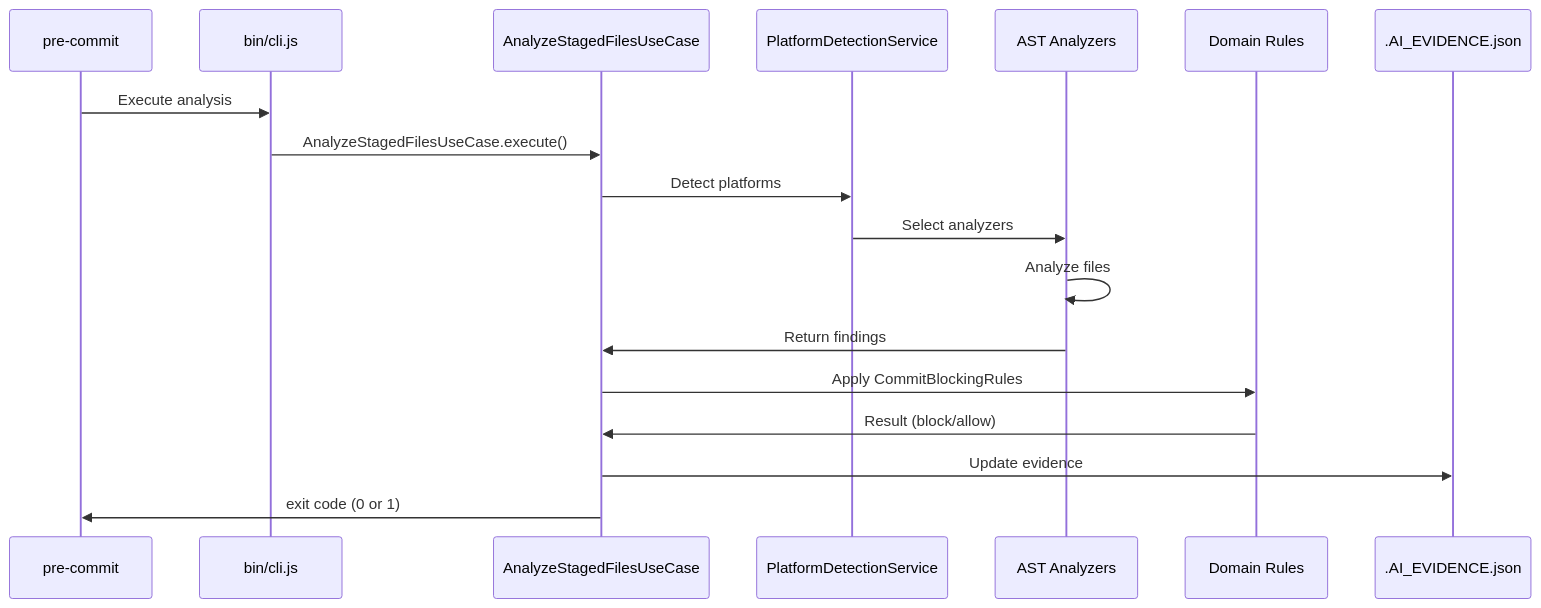
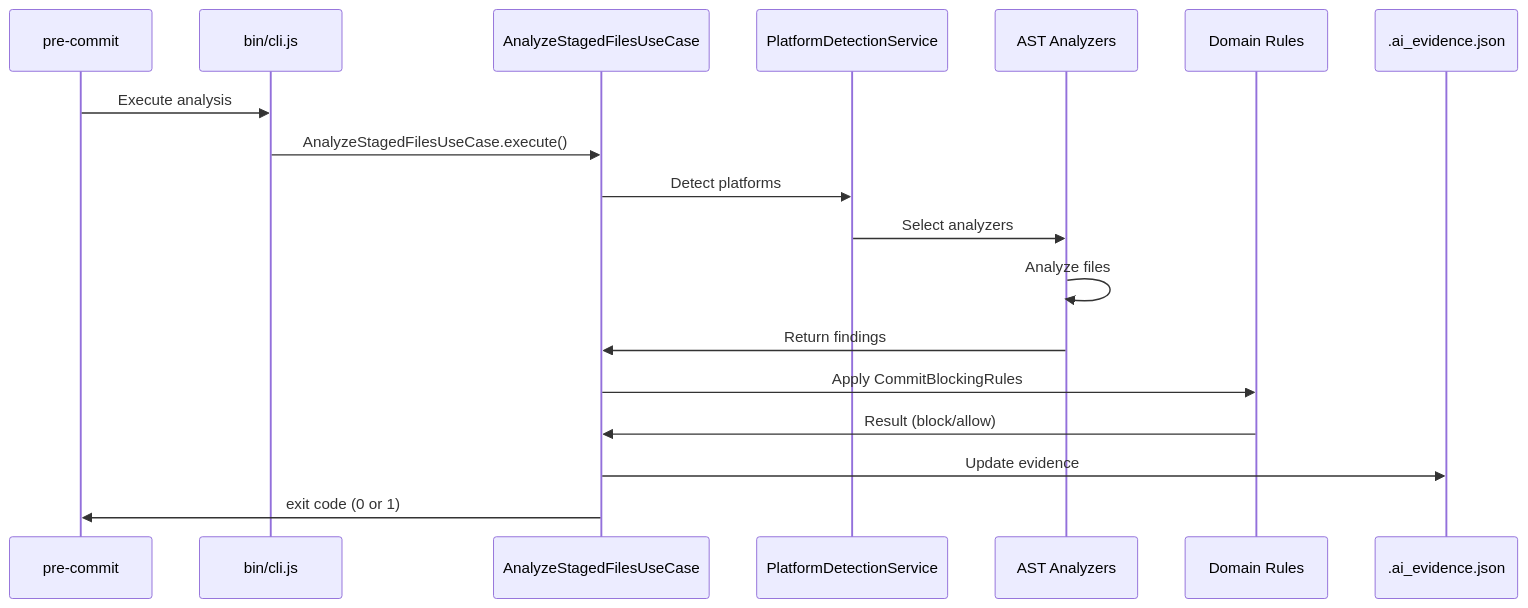
Before and after one commit to SwiftEnProfundidad/ast-intelligence-hooks: the seventh of 8 diagrams in docs/ARCHITECTURE_DETAILED.md, drawn with Mermaid. The commit also changed other lines of this file and 8 other files, not shown here.

Commit message:
docs(evidence): unify references to .ai_evidence.json

````diff
--- a/docs/ARCHITECTURE_DETAILED.md
+++ b/docs/ARCHITECTURE_DETAILED.md
@@ -404,21 +404,21 @@
 ```mermaid
 sequenceDiagram
     participant Hook as pre-commit
     participant CLI as bin/cli.js
     participant UseCase as AnalyzeStagedFilesUseCase
     participant Platform as PlatformDetectionService
     participant AST as AST Analyzers
     participant Domain as Domain Rules
-    participant Evidence as .AI_EVIDENCE.json
+    participant Evidence as .ai_evidence.json
 
     Hook->>CLI: Execute analysis
     CLI->>UseCase: AnalyzeStagedFilesUseCase.execute()
     UseCase->>Platform: Detect platforms
     Platform->>AST: Select analyzers
     AST->>AST: Analyze files
     AST->>UseCase: Return findings
     UseCase->>Domain: Apply CommitBlockingRules
     Domain->>UseCase: Result (block/allow)
     UseCase->>Evidence: Update evidence
     UseCase->>Hook: exit code (0 or 1)
 ```
````
